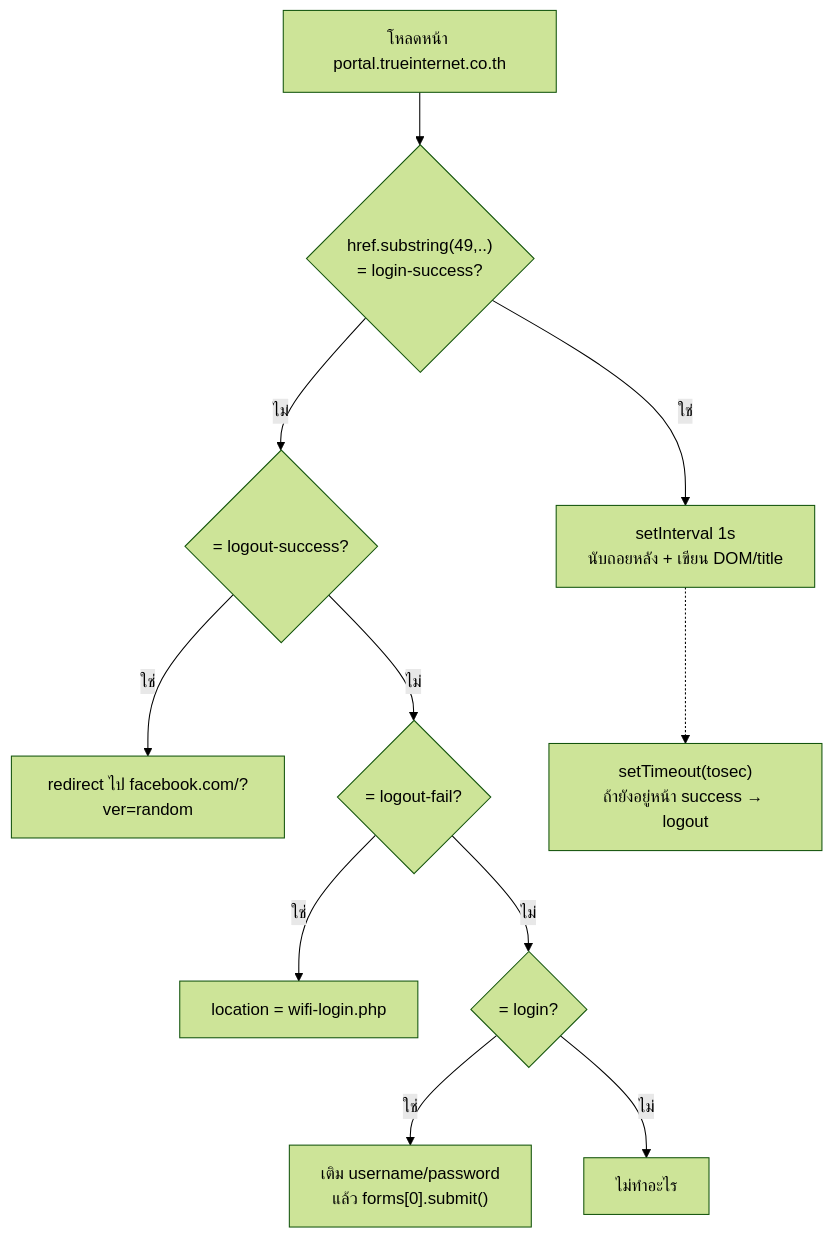
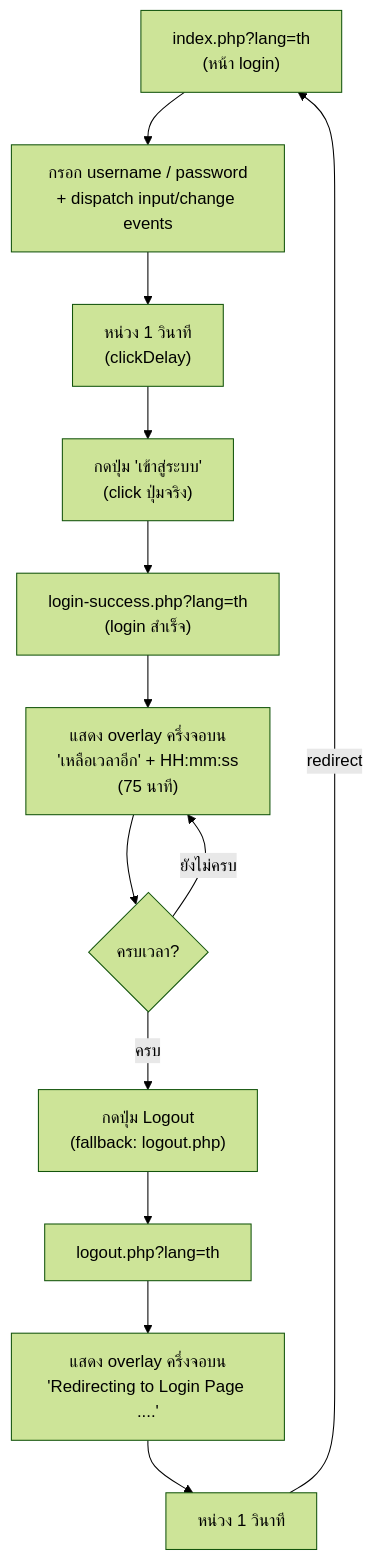
Before and after one commit to wachira90/truewifi-auto-login: the diagram in README.md, drawn with Mermaid (forest theme). The commit also changed other lines of this file and 3 other files, not shown here.

````diff
--- a/README.md
+++ b/README.md
@@ -42,13 +53,15 @@
 ```mermaid
 flowchart TD
-    A["โหลดหน้า portal.trueinternet.co.th"] --> B{"href.substring(49,..)<br/>= login-success?"}
-    B -->|ใช่| C["setInterval 1s<br/>นับถอยหลัง + เขียน DOM/title"]
-    B -->|ไม่| D{"= logout-success?"}
-    D -->|ใช่| E["redirect ไป facebook.com/?ver=random"]
-    D -->|ไม่| F{"= logout-fail?"}
-    F -->|ใช่| G["location = wifi-login.php"]
-    F -->|ไม่| H{"= login?"}
-    H -->|ใช่| I["เติม username/password<br/>แล้ว forms[0].submit()"]
-    H -->|ไม่| J["ไม่ทำอะไร"]
-    C -.-> K["setTimeout(tosec)<br/>ถ้ายังอยู่หน้า success → logout"]
+    A["index.php?lang=th<br/>(หน้า login)"] --> B["กรอก username / password<br/>+ dispatch input/change events"]
+    B --> C["หน่วง 1 วินาที<br/>(clickDelay)"]
+    C --> D["กดปุ่ม 'เข้าสู่ระบบ'<br/>(click ปุ่มจริง)"]
+    D --> E["login-success.php?lang=th<br/>(login สำเร็จ)"]
+    E --> F["แสดง overlay ครึ่งจอบน<br/>'เหลือเวลาอีก' + HH:mm:ss<br/>(75 นาที)"]
+    F --> G{"ครบเวลา?"}
+    G -->|"ยังไม่ครบ"| F
+    G -->|"ครบ"| H["กดปุ่ม Logout<br/>(fallback: logout.php)"]
+    H --> I["logout.php?lang=th"]
+    I --> J["แสดง overlay ครึ่งจอบน<br/>'Redirecting to Login Page ....'"]
+    J --> K["หน่วง 1 วินาที"]
+    K -->|"redirect"| A
 ```
````
